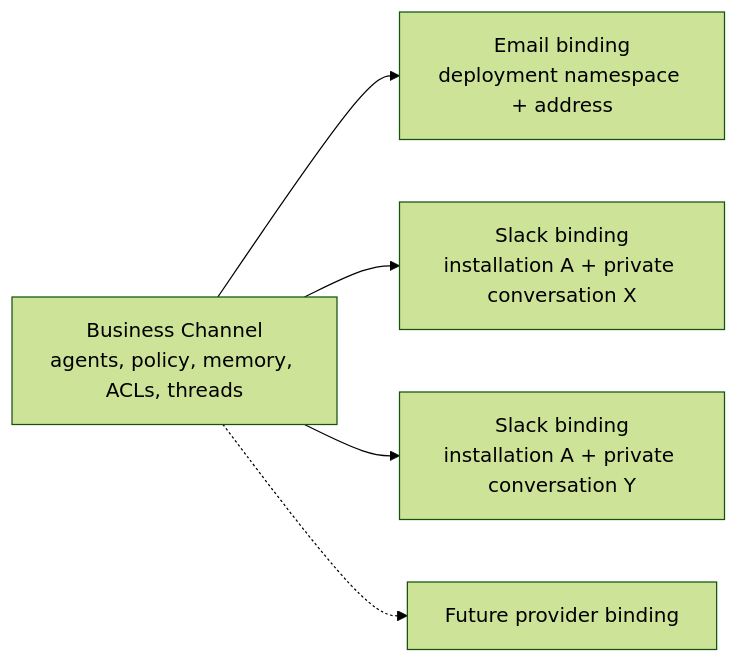
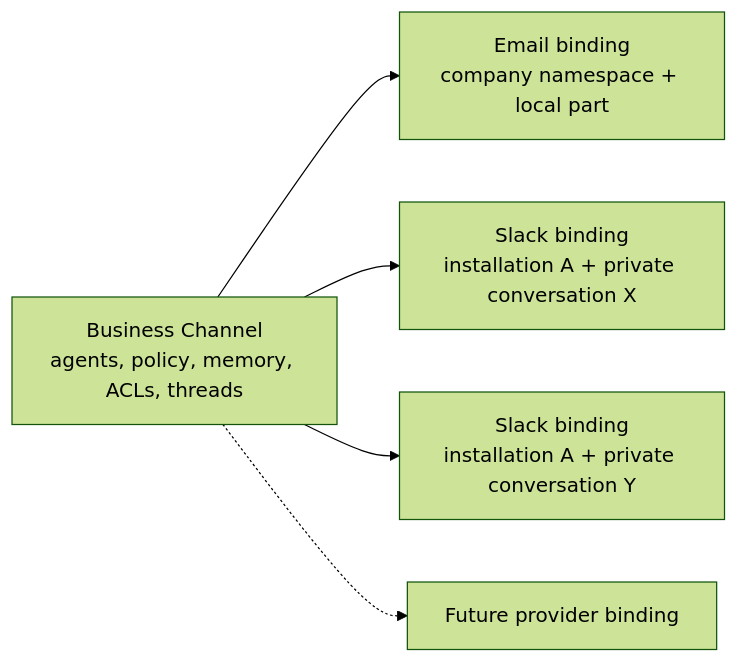
Before and after one commit to matjazonline/openbot: the first of 6 diagrams in docs/transport_architecture.md, drawn with Mermaid (forest theme). The commit also changed other lines of this file and 22 other files, not shown here.

````diff
--- a/docs/transport_architecture.md
+++ b/docs/transport_architecture.md
@@ -64,13 +64,13 @@
 ```mermaid
 flowchart LR
     C[Business Channel<br/>agents, policy, memory, ACLs, threads]
-    E[Email binding<br/>deployment namespace + address]
+    E[Email binding<br/>company namespace + local part]
     S1[Slack binding<br/>installation A + private conversation X]
     S2[Slack binding<br/>installation A + private conversation Y]
     F[Future provider binding]
 
     C --> E
     C --> S1
     C --> S2
     C -.-> F
 ```
````
